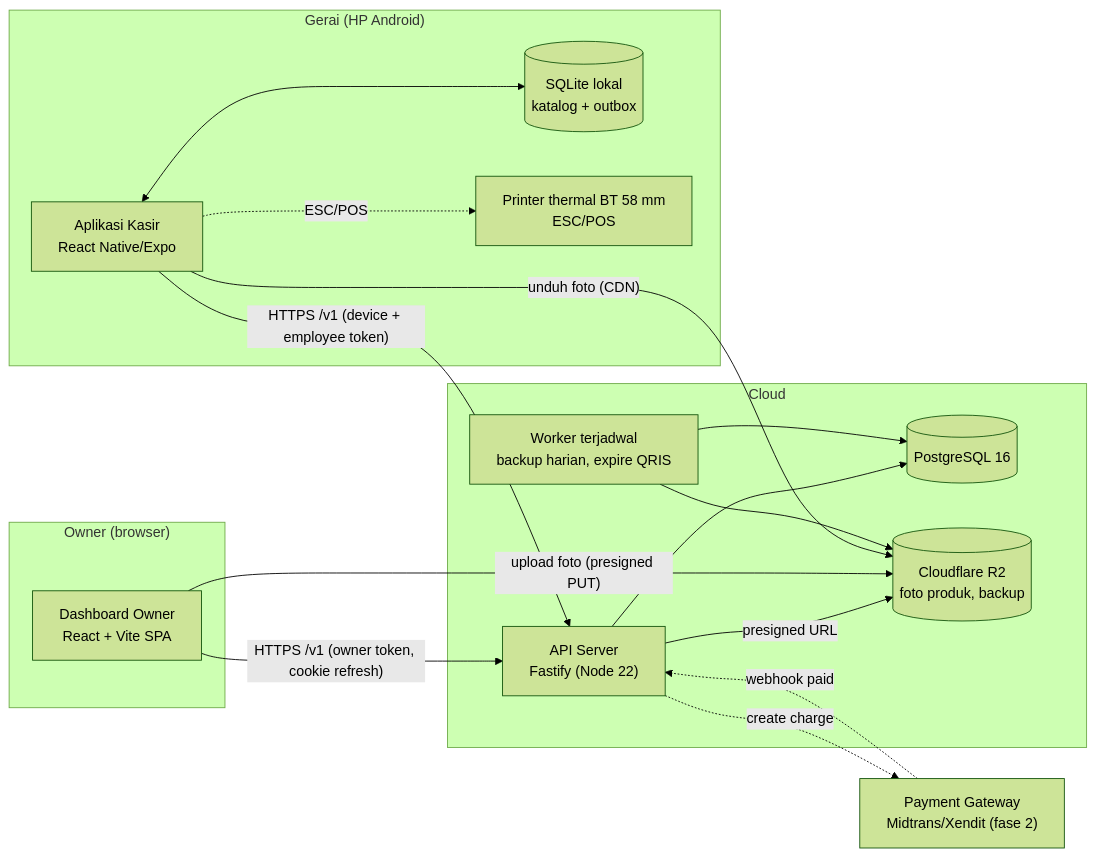
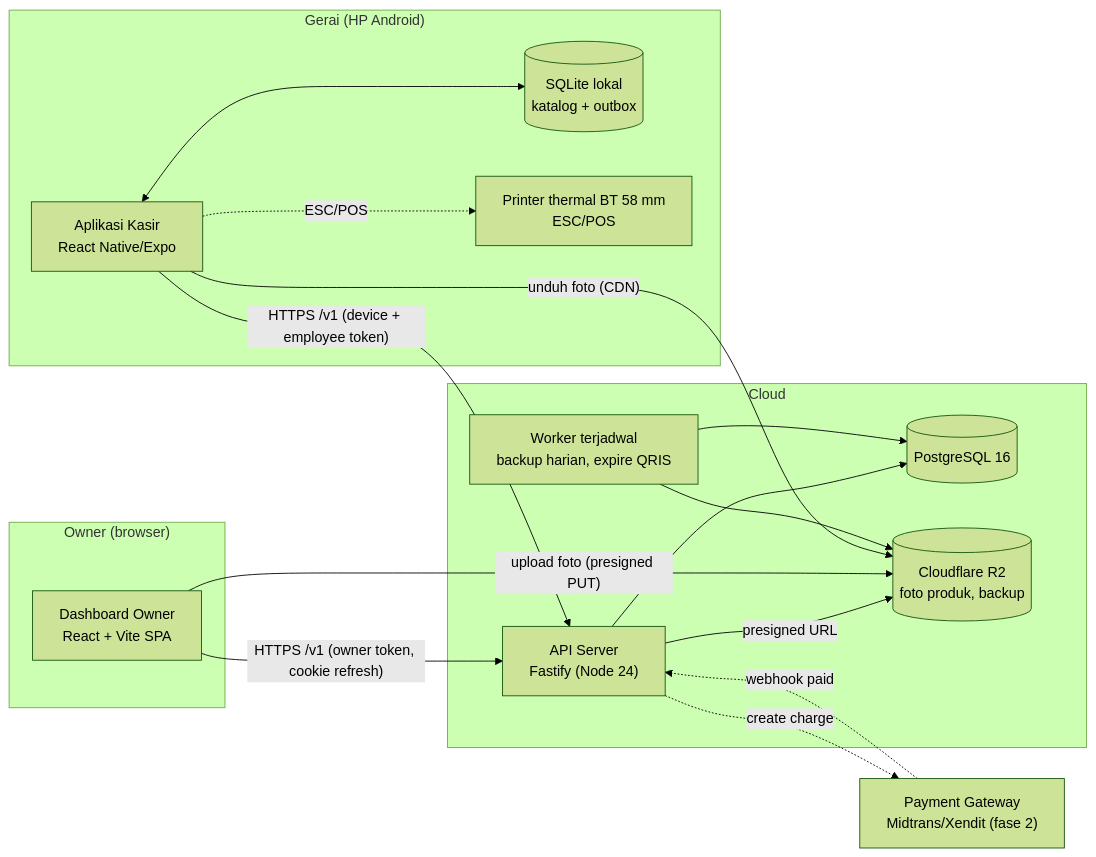
One commit to simanjuntakalbert57/kelola-kasir changed the first of 6 diagrams in docs/tdd.md. Above: the diagram before and after it, drawn with Mermaid (forest theme). The commit also changed other lines of this file and 39 other files, not shown here.

````diff
--- a/docs/tdd.md
+++ b/docs/tdd.md
@@ -66,34 +66,34 @@
 ```mermaid
 flowchart LR
   subgraph Gerai["Gerai (HP Android)"]
     K["Aplikasi Kasir<br/>React Native/Expo"]
     DB[("SQLite lokal<br/>katalog + outbox")]
     P["Printer thermal BT 58 mm<br/>ESC/POS"]
     K <--> DB
     K -. ESC/POS .-> P
   end
 
   subgraph Owner["Owner (browser)"]
     W["Dashboard Owner<br/>React + Vite SPA"]
   end
 
   subgraph Cloud["Cloud"]
-    API["API Server<br/>Fastify (Node 22)"]
+    API["API Server<br/>Fastify (Node 24)"]
     PG[("PostgreSQL 16")]
     R2[("Cloudflare R2<br/>foto produk, backup")]
     JOB["Worker terjadwal<br/>backup harian, expire QRIS"]
   end
 
   PGW["Payment Gateway<br/>Midtrans/Xendit (fase 2)"]
 
   K -- "HTTPS /v1 (device + employee token)" --> API
   W -- "HTTPS /v1 (owner token, cookie refresh)" --> API
   API --> PG
   API -- presigned URL --> R2
   W -- upload foto (presigned PUT) --> R2
   K -- unduh foto (CDN) --> R2
   JOB --> PG
   JOB --> R2
   API -. "create charge" .-> PGW
   PGW -. "webhook paid" .-> API
 ```
````
